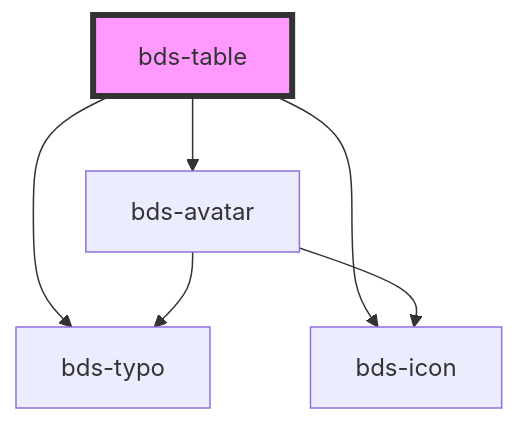
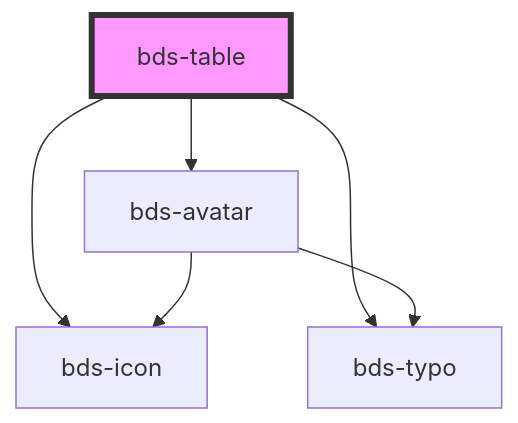
Before and after one commit to takenet/blip-ds: the diagram in src/components/table/readme.md, drawn with Mermaid. The commit also changed other lines of this file and 3 other files, not shown here.

````diff
--- a/src/components/table/readme.md
+++ b/src/components/table/readme.md
@@ -27,9 +27,9 @@
 ```mermaid
 graph TD;
+  bds-table --> bds-icon
   bds-table --> bds-typo
-  bds-table --> bds-icon
   bds-table --> bds-avatar
   bds-avatar --> bds-typo
   bds-avatar --> bds-icon
   style bds-table fill:#f9f,stroke:#333,stroke-width:4px
 ```
````
